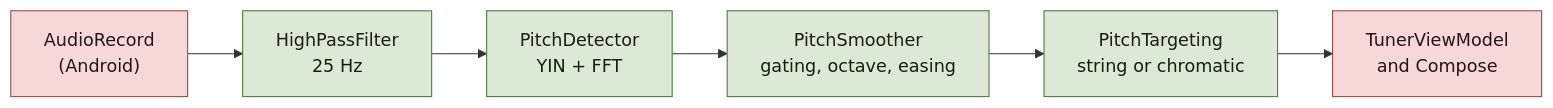
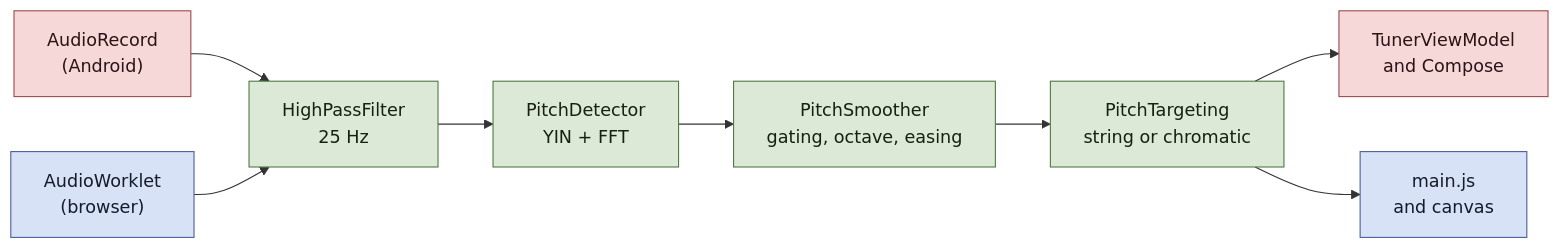
One commit to deepl0w/nobs_tuner changed the diagram in docs/adr/README.md. Above: the diagram before and after it, drawn with Mermaid. The commit also changed other lines of this file and 10 other files, not shown here.

````diff
--- a/docs/adr/README.md
+++ b/docs/adr/README.md
@@ -28,14 +33,17 @@
 ```mermaid
 flowchart LR
-    mic["AudioRecord<br/>(Android)"] --> hp["HighPassFilter<br/>25 Hz"]
-    hp --> det["PitchDetector<br/>YIN + FFT"]
+    mic["AudioRecord<br/>(Android)"] --> hp
+    web["AudioWorklet<br/>(browser)"] --> hp
+    hp["HighPassFilter<br/>25 Hz"] --> det["PitchDetector<br/>YIN + FFT"]
     det --> sm["PitchSmoother<br/>gating, octave, easing"]
     sm --> tgt["PitchTargeting<br/>string or chromatic"]
     tgt --> ui["TunerViewModel<br/>and Compose"]
+    tgt --> dom["main.js<br/>and canvas"]
 
     classDef android fill:#f6d8d8,stroke:#9b4b4b,color:#2b1414
+    classDef browser fill:#d8e2f6,stroke:#4b5f9b,color:#141c2b
     classDef pure fill:#dbe9d6,stroke:#4f7a43,color:#16210f
-    class mic android
+    class mic,ui android
+    class web,dom browser
     class hp,det,sm,tgt pure
-    class ui android
 ```
````
